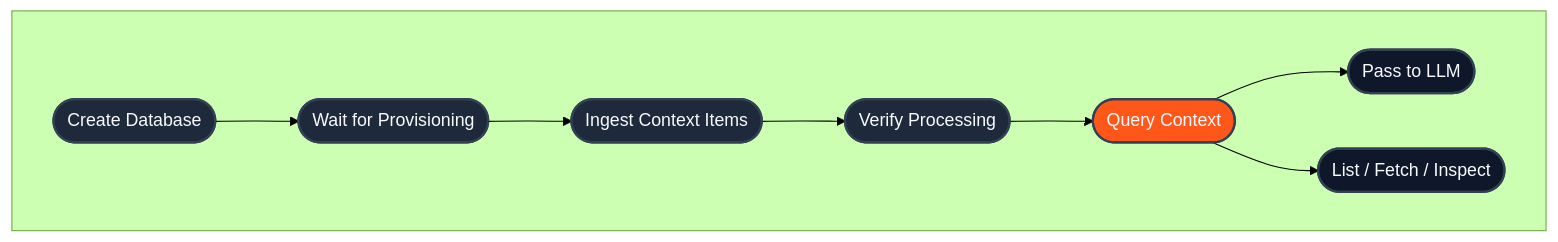
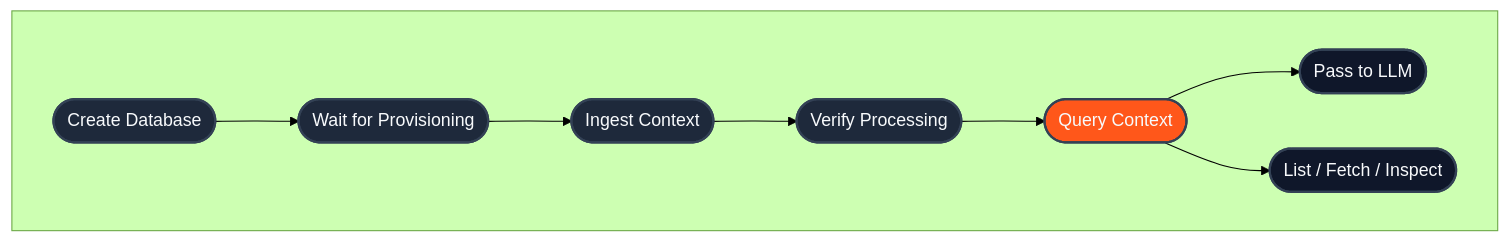
Before and after one commit to hydra-db/mintlify-docs: the diagram in api-reference/v2/index.mdx, drawn with Mermaid (forest theme). The commit also changed other lines of this file and 38 other files, not shown here.

````diff
--- a/api-reference/v2/index.mdx
+++ b/api-reference/v2/index.mdx
@@ -36,21 +36,21 @@
 ```mermaid
 flowchart LR
 
     subgraph Database Lifecycle [" "]
       direction LR
       A([Create Database])-->B([Wait for Provisioning])
-      B-->C([Ingest Context Items])
+      B-->C([Ingest Context])
       C-->D([Verify Processing])
       D-->E([Query Context])
       E-->F([Pass to LLM])
       E-->G([List / Fetch / Inspect])
     end
 
     style A fill:#1e293b,stroke:#334155,stroke-width:2px,color:#f8fafc
     style B fill:#1e293b,stroke:#334155,stroke-width:2px,color:#f8fafc
     style C fill:#1e293b,stroke:#334155,stroke-width:2px,color:#f8fafc
     style D fill:#1e293b,stroke:#334155,stroke-width:2px,color:#f8fafc
     style E fill:#FF571A,stroke:#334155,stroke-width:2px,color:#f8fafc
     style F fill:#0f172a,stroke:#334155,stroke-width:2px,color:#f8fafc
     style G fill:#0f172a,stroke:#334155,stroke-width:2px,color:#f8fafc
 ```
````
